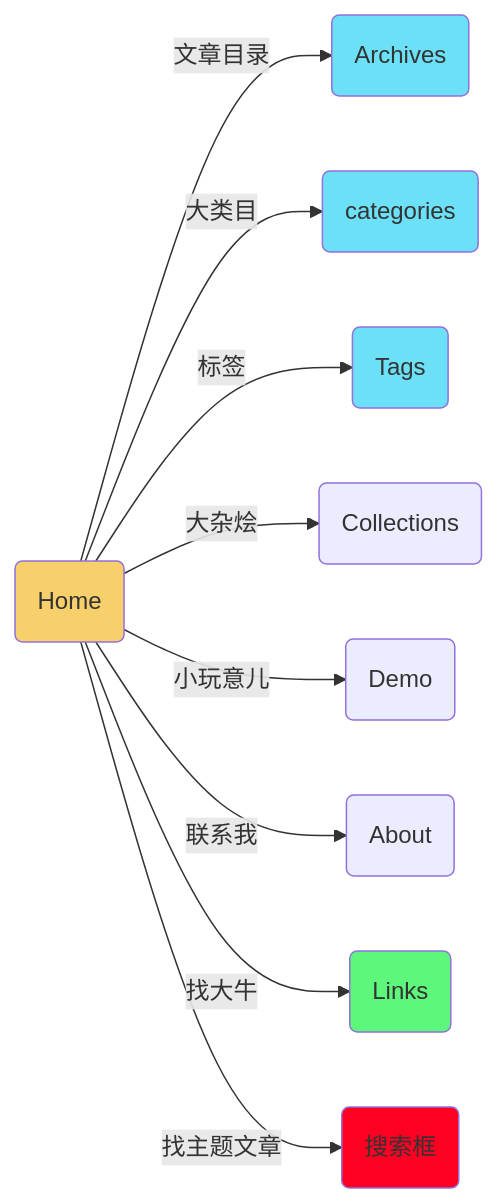
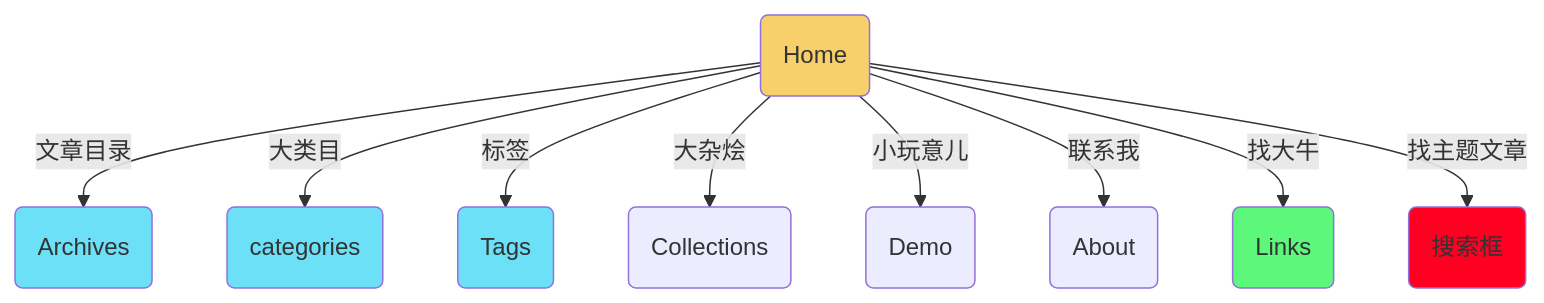
The diagram in _posts/2010-01-01-navigation.md (wqw547243068/wqw547243068.github.io), drawn with Mermaid before and after one commit.

Commit message:
mermaid版面

```diff
--- a/_posts/2010-01-01-navigation.md
+++ b/_posts/2010-01-01-navigation.md
@@ -98,27 +98,27 @@
 <div class="mermaid">
 %% 导航
-    graph LR
+    graph TD
     A(Home):::s
     classDef s fill:#C8D64B;
     style A fill:#F7CF6B;
     style B fill:#6BE0F7;
     style C fill:#6BE0F7;
     style D fill:#6BE0F7;
     style H fill:#5CF77B;
     style I fill:#f02;
     A -->|文章目录| B(Archives)
     A -->|大类目| C(categories)
     A -->|标签| D(Tags)
     A -->|大杂烩| E(Collections)
     A -->|小玩意儿| F(Demo)
     A -->|联系我| G(About)
     A -->|找大牛| H(Links)
     A -->|找主题文章| I(搜索框)
     click A "https://wqw547243068.github.io/" "主页"
     click B "https://wqw547243068.github.io/archive" "文章目录"
     click C "https://wqw547243068.github.io/category" "大类目"
     click D "https://wqw547243068.github.io/tag" "标签索引"
     click E "https://wqw547243068.github.io/collection" "大类目"
     click F "https://wqw547243068.github.io/demo" "Demo"
     click G "https://wqw547243068.github.io/about" "找我"
 </div>
```
